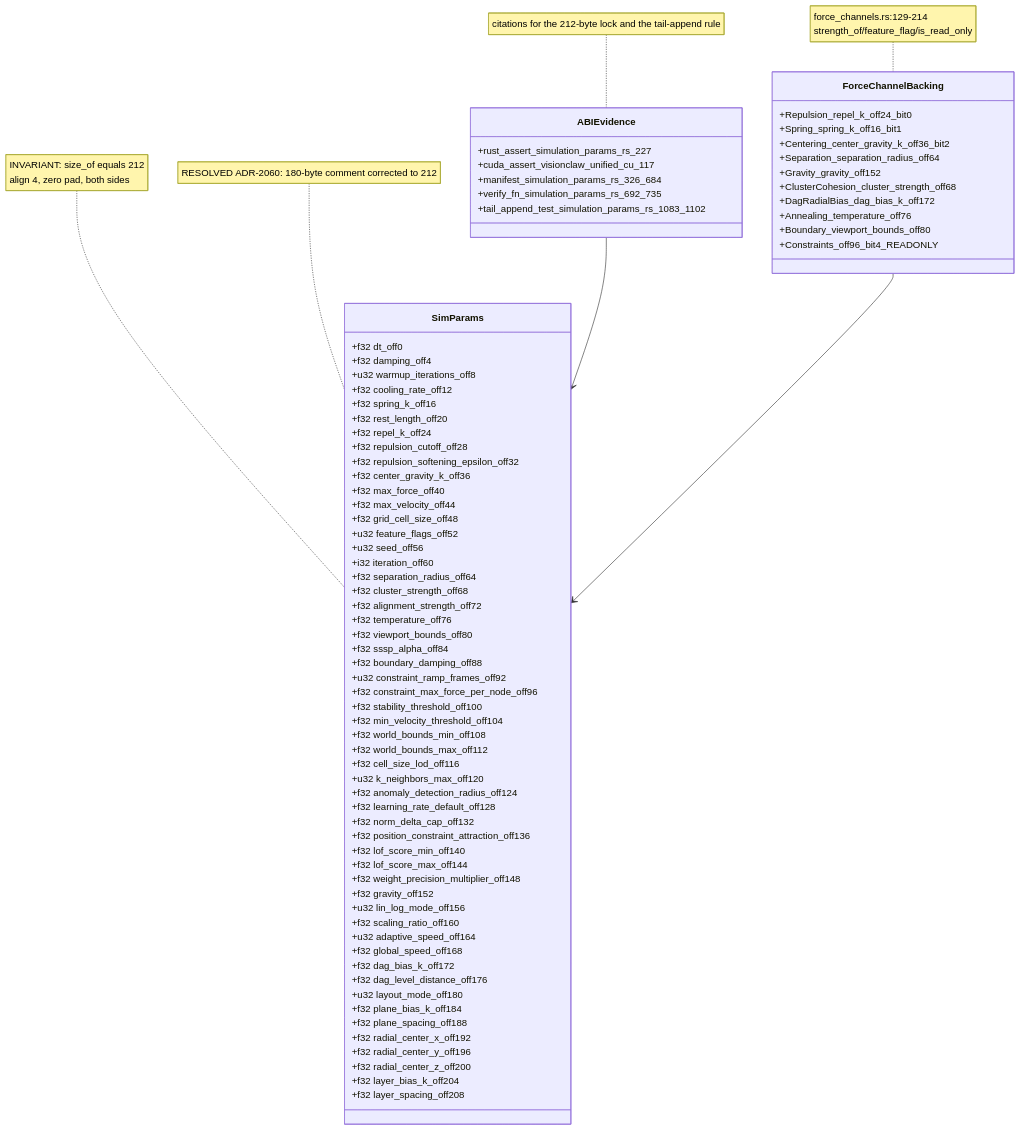
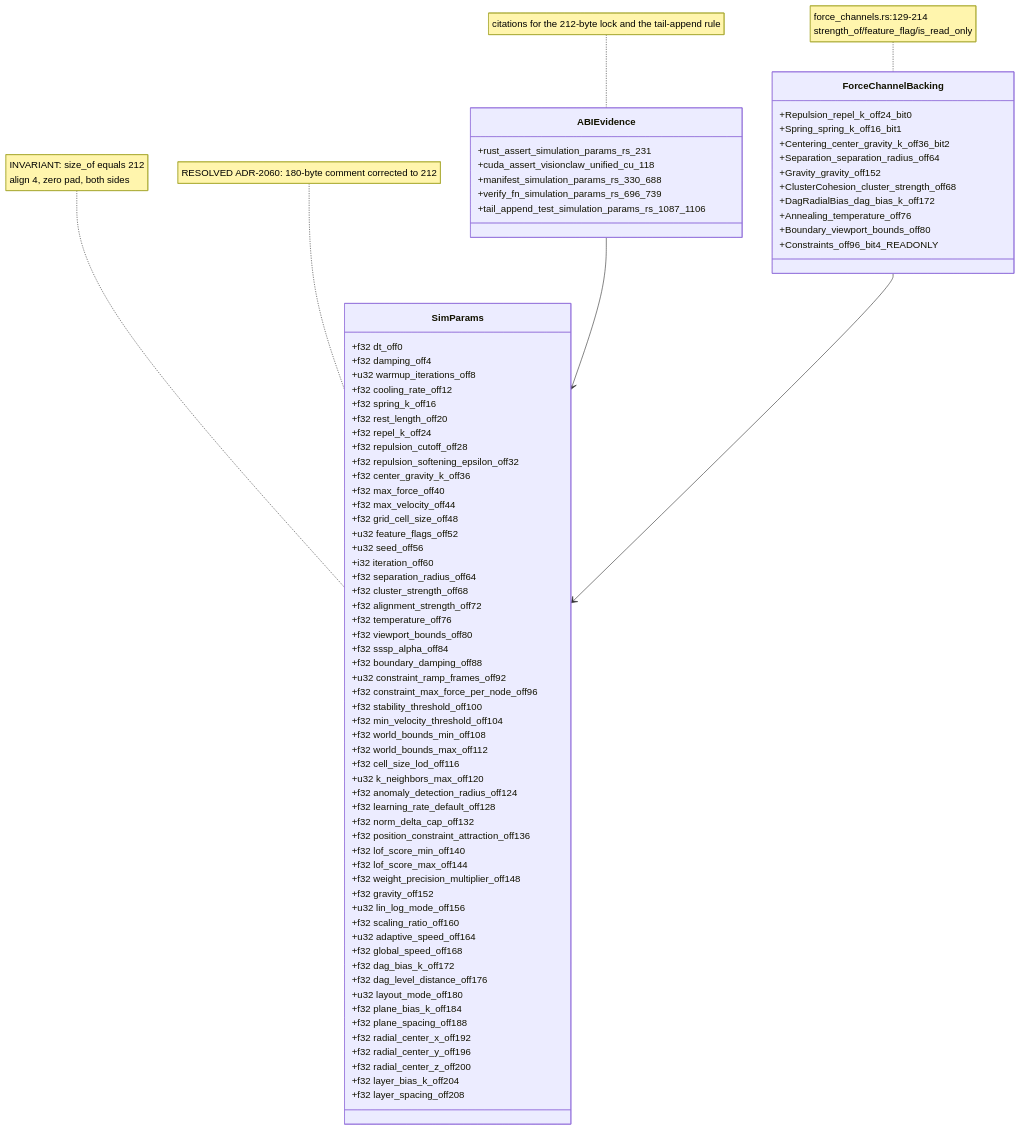
Before and after one commit to DreamLab-AI/VisionFlow: the first of 7 diagrams in docs/diagrams/visionclaw/12-simparams-abi-and-ptx.md, drawn with Mermaid. The commit also changed other lines of this file and 160 other files, not shown here.

```diff
--- a/docs/diagrams/visionclaw/12-simparams-abi-and-ptx.md
+++ b/docs/diagrams/visionclaw/12-simparams-abi-and-ptx.md
@@ -83,11 +87,11 @@
         +f32 layer_spacing_off208
     }
     class ABIEvidence {
-        +rust_assert_simulation_params_rs_227
-        +cuda_assert_visionclaw_unified_cu_117
-        +manifest_simulation_params_rs_326_684
-        +verify_fn_simulation_params_rs_692_735
-        +tail_append_test_simulation_params_rs_1083_1102
+        +rust_assert_simulation_params_rs_231
+        +cuda_assert_visionclaw_unified_cu_118
+        +manifest_simulation_params_rs_330_688
+        +verify_fn_simulation_params_rs_696_739
+        +tail_append_test_simulation_params_rs_1087_1106
     }
     class ForceChannelBacking {
         +Repulsion_repel_k_off24_bit0
```
